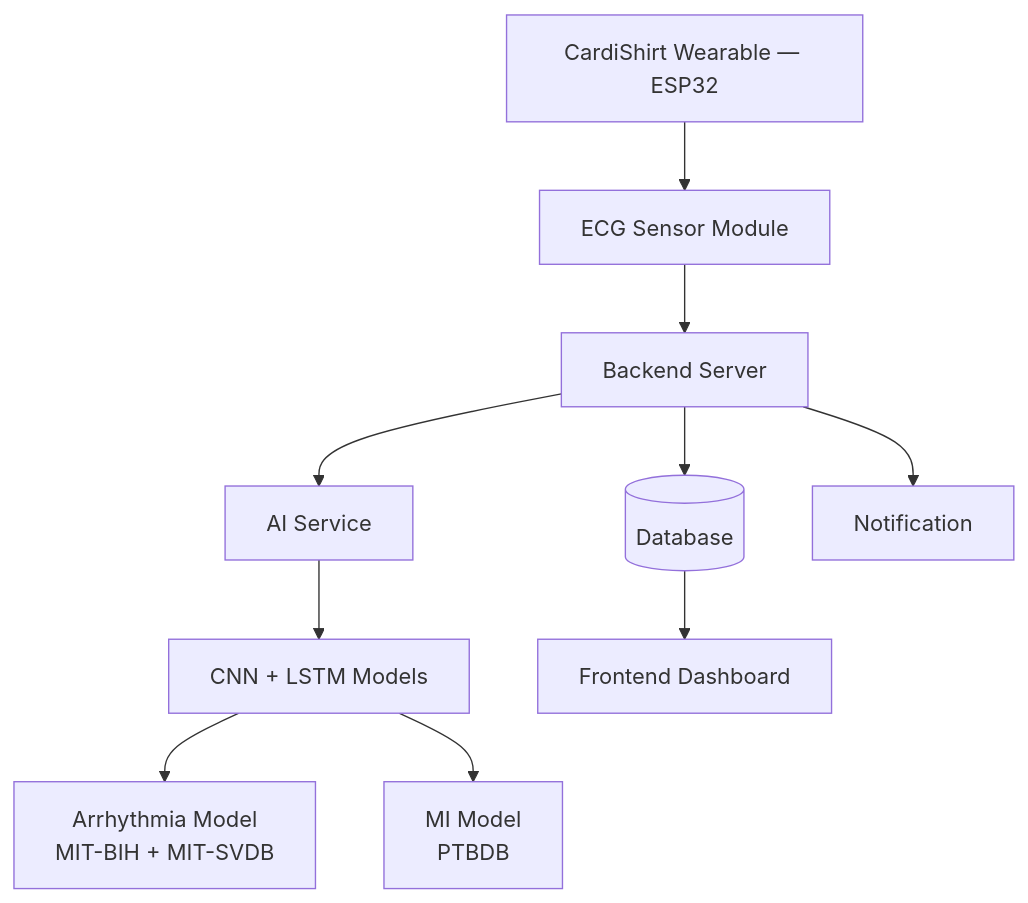
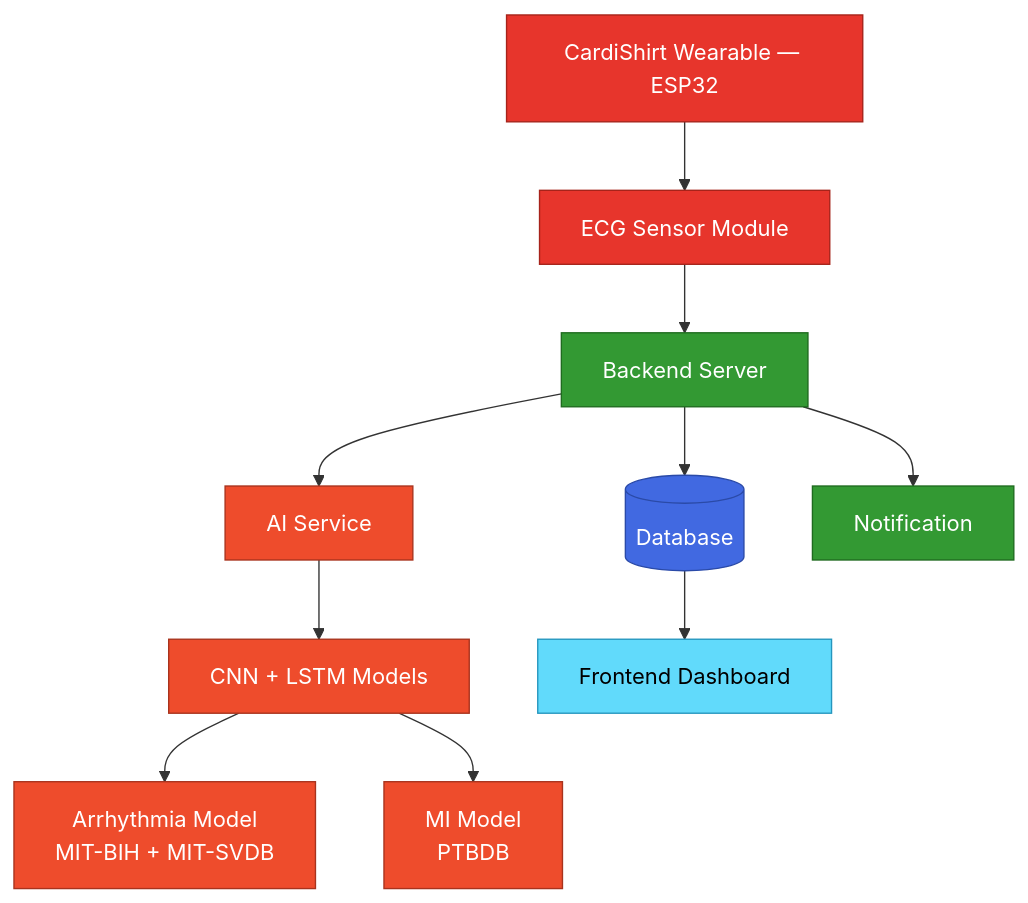
One commit to hamim0047/CardiShirt changed the first of 4 diagrams in README.md. Above: the diagram before and after it, drawn with Mermaid. The commit also changed other lines of this file, not shown here.

````diff
--- a/README.md
+++ b/README.md
@@ -59,15 +60,27 @@
 ```mermaid
 flowchart TD
     ESP32[CardiShirt Wearable — ESP32] --> Sensor[ECG Sensor Module]
     Sensor --> Backend[Backend Server]
 
     Backend --> DB[(Database)]
     Backend --> AIS[AI Service]
     Backend --> Notif[Notification]
 
     AIS --> Models[CNN + LSTM Models]
     Models --> Arr["Arrhythmia Model<br/>MIT-BIH + MIT-SVDB"]
     Models --> MI["MI Model<br/>PTBDB"]
 
     DB --> FE[Frontend Dashboard]
+
+    classDef hardware fill:#e7352c,stroke:#a6231a,color:#fff
+    classDef server fill:#339933,stroke:#1f6b1f,color:#fff
+    classDef ai fill:#ee4c2c,stroke:#a8331d,color:#fff
+    classDef data fill:#4169e1,stroke:#2a4aa8,color:#fff
+    classDef ui fill:#61dafb,stroke:#2596be,color:#000
+
+    class ESP32,Sensor hardware
+    class Backend,Notif server
+    class AIS,Models,Arr,MI ai
+    class DB data
+    class FE ui
 ```
````
